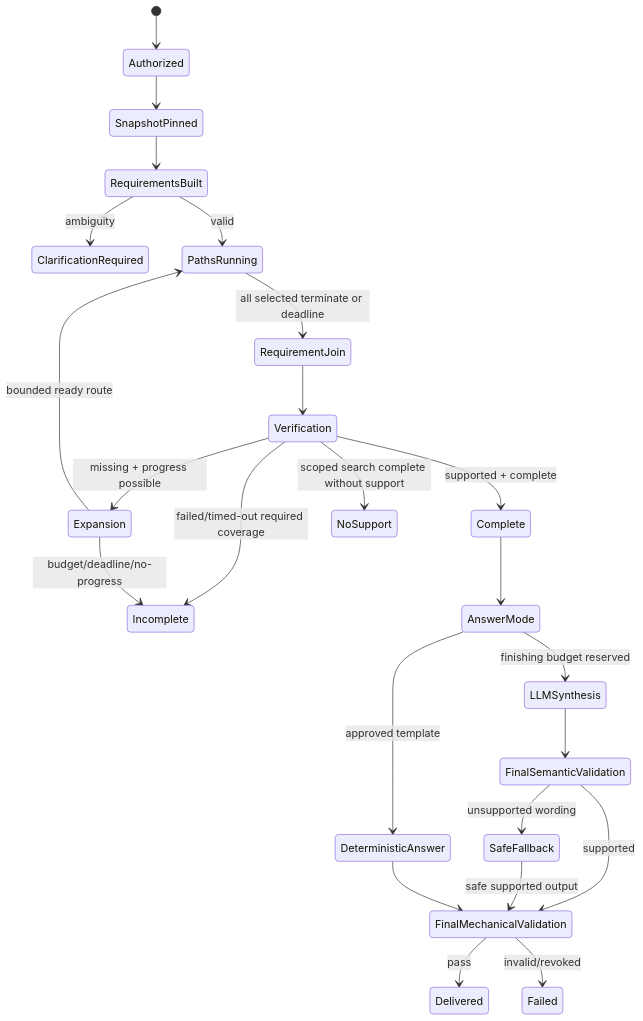
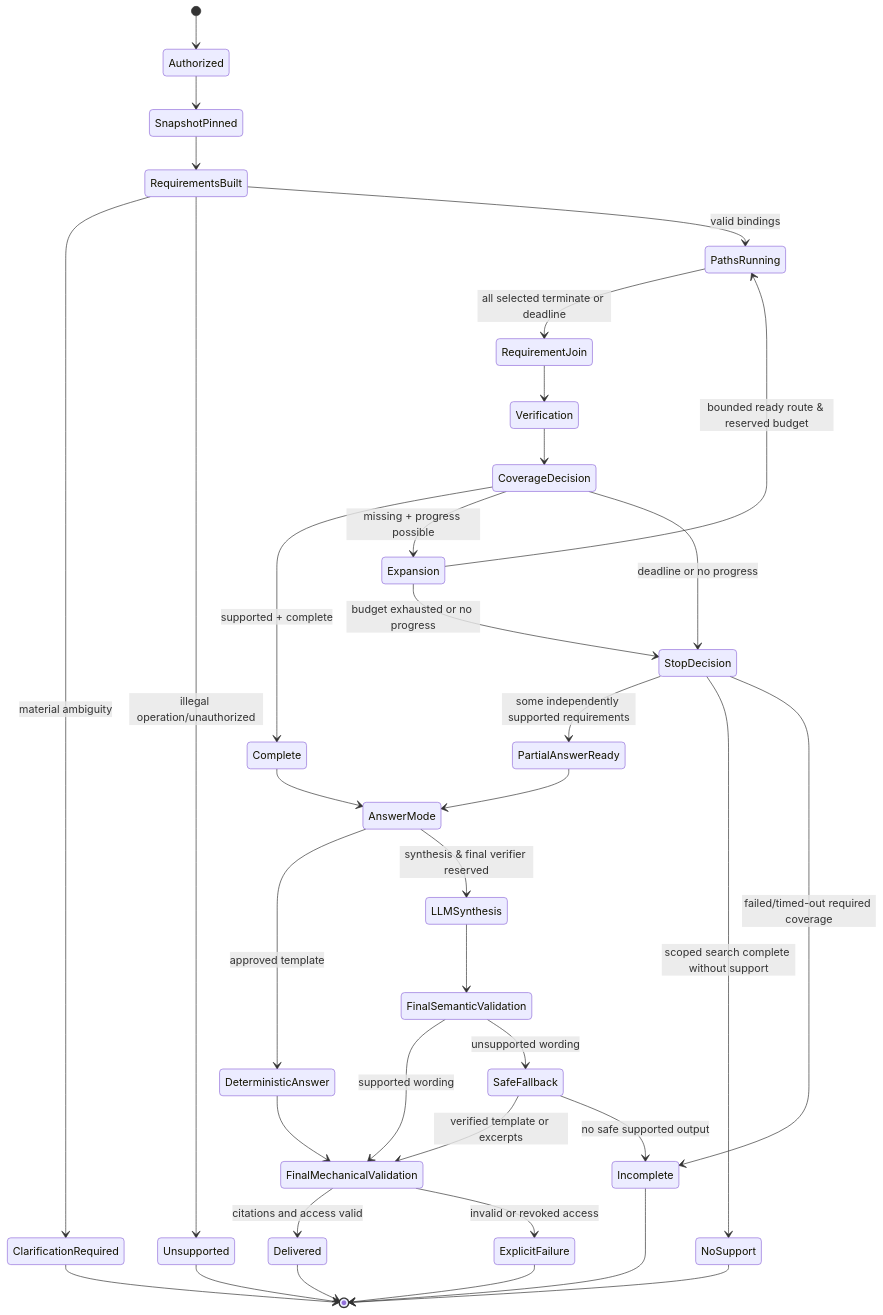
Before and after one commit to SGOD-pro/knowledge-retrieval-engine: the diagram in docs/WORKFLOW.md, drawn with Mermaid. The commit also changed other lines of this file and 21 other files, not shown here.

Commit message:
updated the docs according to the architecture-bible

````diff
--- a/docs/WORKFLOW.md
+++ b/docs/WORKFLOW.md
@@ -18,26 +25,38 @@
 ```mermaid
 stateDiagram-v2
     [*] --> Authorized
     Authorized --> SnapshotPinned
     SnapshotPinned --> RequirementsBuilt
-    RequirementsBuilt --> ClarificationRequired: ambiguity
-    RequirementsBuilt --> PathsRunning: valid
+    RequirementsBuilt --> ClarificationRequired: material ambiguity
+    RequirementsBuilt --> Unsupported: illegal operation/unauthorized
+    RequirementsBuilt --> PathsRunning: valid bindings
     PathsRunning --> RequirementJoin: all selected terminate or deadline
     RequirementJoin --> Verification
-    Verification --> Complete: supported + complete
-    Verification --> Expansion: missing + progress possible
-    Verification --> NoSupport: scoped search complete without support
-    Verification --> Incomplete: failed/timed-out required coverage
-    Expansion --> PathsRunning: bounded ready route
-    Expansion --> Incomplete: budget/deadline/no-progress
+    Verification --> CoverageDecision
+    CoverageDecision --> Complete: supported + complete
+    CoverageDecision --> Expansion: missing + progress possible
+    CoverageDecision --> StopDecision: deadline or no progress
+    Expansion --> PathsRunning: bounded ready route & reserved budget
+    Expansion --> StopDecision: budget exhausted or no progress
+    StopDecision --> PartialAnswerReady: some independently supported requirements
+    StopDecision --> NoSupport: scoped search complete without support
+    StopDecision --> Incomplete: failed/timed-out required coverage
     Complete --> AnswerMode
+    PartialAnswerReady --> AnswerMode
     AnswerMode --> DeterministicAnswer: approved template
-    AnswerMode --> LLMSynthesis: finishing budget reserved
+    AnswerMode --> LLMSynthesis: synthesis & final verifier reserved
     LLMSynthesis --> FinalSemanticValidation
-    FinalSemanticValidation --> FinalMechanicalValidation: supported
+    FinalSemanticValidation --> FinalMechanicalValidation: supported wording
     FinalSemanticValidation --> SafeFallback: unsupported wording
-    SafeFallback --> FinalMechanicalValidation: safe supported output
+    SafeFallback --> FinalMechanicalValidation: verified template or excerpts
+    SafeFallback --> Incomplete: no safe supported output
     DeterministicAnswer --> FinalMechanicalValidation
-    FinalMechanicalValidation --> Delivered: pass
-    FinalMechanicalValidation --> Failed: invalid/revoked
+    FinalMechanicalValidation --> Delivered: citations and access valid
+    FinalMechanicalValidation --> ExplicitFailure: invalid or revoked access
+    Delivered --> [*]
+    ClarificationRequired --> [*]
+    Unsupported --> [*]
+    NoSupport --> [*]
+    Incomplete --> [*]
+    ExplicitFailure --> [*]
 ```
````
